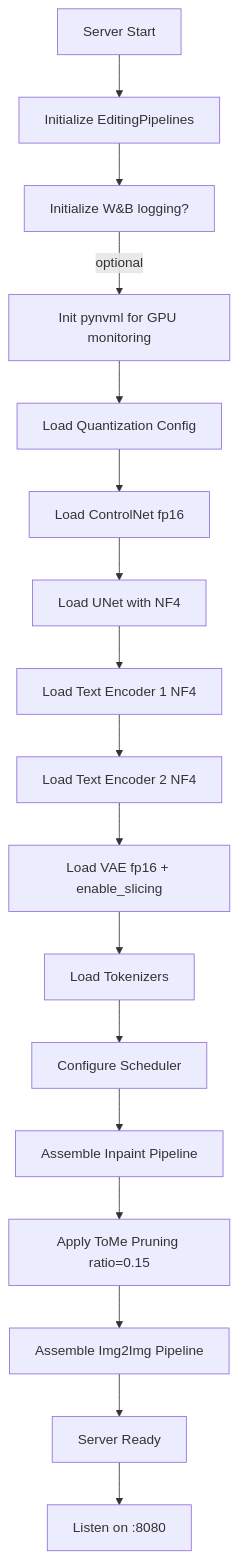
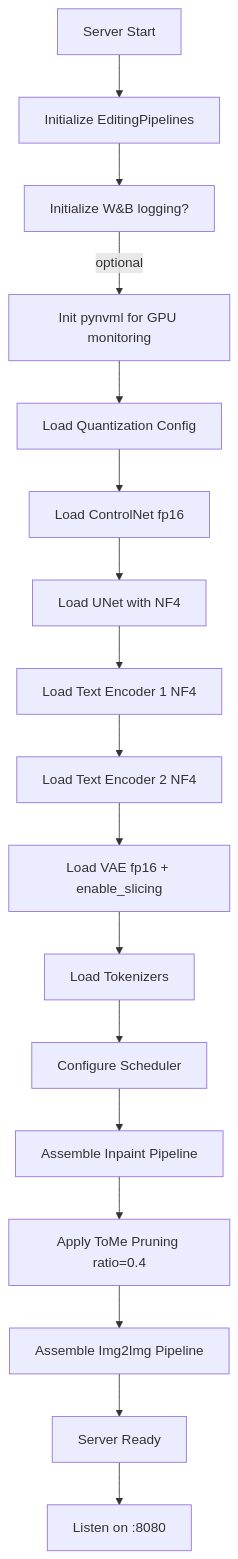
The sixth of 27 diagrams in Documentation.md (Abhyu-S/kortex-sdxl), drawn with Mermaid before and after one commit. The commit also changed other lines of this file, not shown here.

````diff
--- a/Documentation.md
+++ b/Documentation.md
@@ -252,19 +204,19 @@
 ```mermaid
 flowchart TD
     Start[Server Start] --> Init[Initialize EditingPipelines]
     Init --> WB[Initialize W&B logging?]
     WB -->|optional| NVML[Init pynvml for GPU monitoring]
     NVML --> QC[Load Quantization Config]
     QC --> CN[Load ControlNet fp16]
     CN --> UNet[Load UNet with NF4]
     UNet --> TE1[Load Text Encoder 1 NF4]
     TE1 --> TE2[Load Text Encoder 2 NF4]
     TE2 --> VAE[Load VAE fp16 + enable_slicing]
     VAE --> TOK[Load Tokenizers]
     TOK --> SCH[Configure Scheduler]
     SCH --> ASM1[Assemble Inpaint Pipeline]
-    ASM1 --> TOME[Apply ToMe Pruning ratio=0.15]
+    ASM1 --> TOME[Apply ToMe Pruning ratio=0.4]
     TOME --> ASM2[Assemble Img2Img Pipeline]
     ASM2 --> Ready[Server Ready]
     Ready --> Listen[Listen on :8080]
 ```
````
